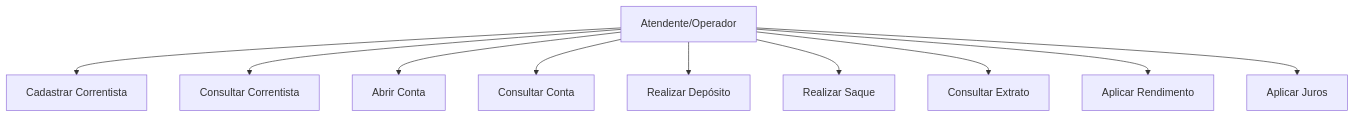
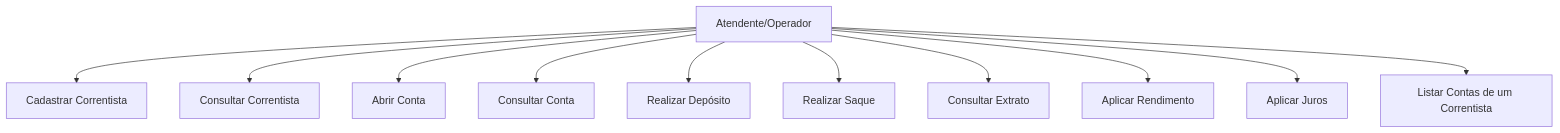
Before and after one commit to victornbjj/sistema-bancario: the diagram in docs/02-casos-de-uso.md, drawn with Mermaid. The commit also changed other lines of this file and 14 other files, not shown here.

````diff
--- a/docs/02-casos-de-uso.md
+++ b/docs/02-casos-de-uso.md
@@ -12,12 +12,13 @@
 ```mermaid
 graph TD
     A[Atendente/Operador] --> UC1[Cadastrar Correntista]
     A --> UC2[Consultar Correntista]
     A --> UC3[Abrir Conta]
     A --> UC4[Consultar Conta]
     A --> UC5[Realizar Depósito]
     A --> UC6[Realizar Saque]
     A --> UC7[Consultar Extrato]
     A --> UC8[Aplicar Rendimento]
     A --> UC9[Aplicar Juros]
+    A --> UC10[Listar Contas de um Correntista]
 ```
````
